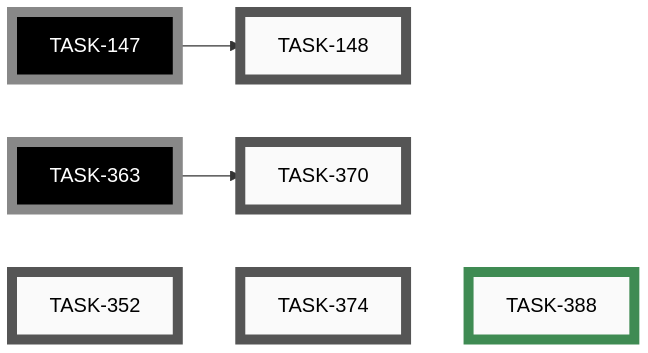
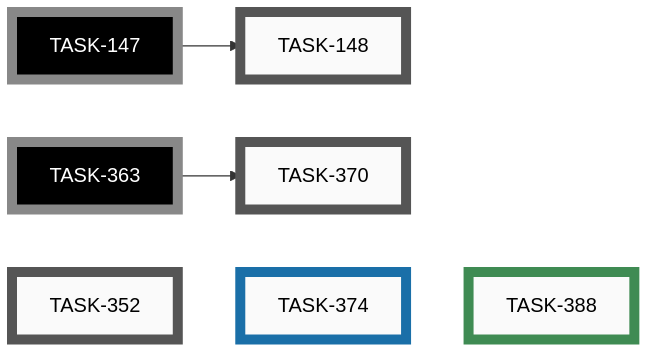
One commit to tgd1975/AwesomeGuitarPedal changed diagram 11 of 11 in docs/developers/tasks/EPICS.md. Above: the diagram before and after it, drawn with Mermaid. The commit also changed other lines of this file and 6 other files, not shown here.

First line of the commit message:
TASK-374: tolerate locally-archived closed tasks in release pipeline

````diff
--- a/docs/developers/tasks/EPICS.md
+++ b/docs/developers/tasks/EPICS.md
@@ -416,26 +416,26 @@
 ```mermaid
 graph LR
     TASK_148["TASK-148"]:::open
     TASK_352["TASK-352"]:::open
     TASK_370["TASK-370"]:::open
-    TASK_374["TASK-374"]:::open
+    TASK_374["TASK-374"]:::active
     TASK_388["TASK-388"]:::closed
     TASK_147["TASK-147"]:::openExt
     TASK_363["TASK-363"]:::openExt
     TASK_147 --> TASK_148
     TASK_363 --> TASK_370
     TASK_352 ~~~ TASK_374 ~~~ TASK_388
     click TASK_148 "open/task-148-reorganise-developer-documentation.md"
     click TASK_352 "open/task-352-investigate-pre-commit-hook-latency.md"
     click TASK_370 "open/task-370-make-schemdraw-svgs-deterministic.md"
-    click TASK_374 "open/task-374-make-release-yml-tolerate-locally-archived-closed-tasks.md"
+    click TASK_374 "active/task-374-make-release-yml-tolerate-locally-archived-closed-tasks.md"
     click TASK_388 "closed/task-388-fix-nodemcu-32s-test-pio-env-so-on-device-button-tests-build.md"
     classDef open    fill:#FAFAFA,stroke:#555,stroke-width:8px,color:#000
     classDef active  fill:#FAFAFA,stroke:#1A6FA8,stroke-width:8px,color:#000
     classDef closed  fill:#FAFAFA,stroke:#3F8B53,stroke-width:8px,color:#000
     classDef paused  fill:#FAFAFA,stroke:#B07810,stroke-width:8px,color:#000
     classDef openExt    fill:#000,stroke:#888,stroke-width:8px,color:#FFF
     classDef activeExt  fill:#000,stroke:#3FA9F5,stroke-width:8px,color:#FFF
     classDef closedExt  fill:#000,stroke:#7CC68A,stroke-width:8px,color:#FFF
     classDef pausedExt  fill:#000,stroke:#F0B030,stroke-width:8px,color:#FFF
 ```
````
